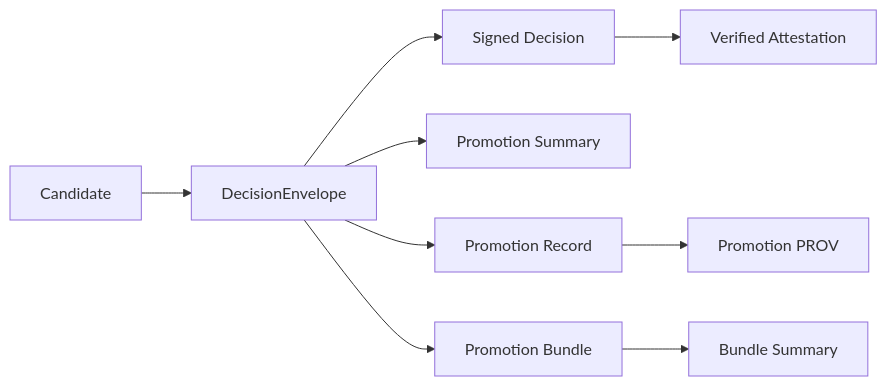
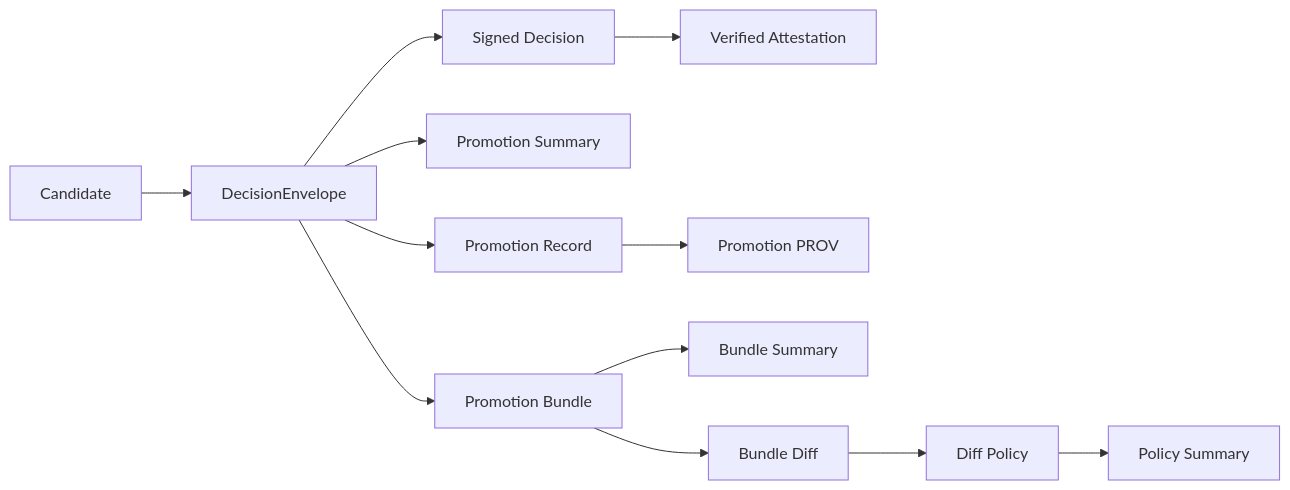
One commit to bartytime4life/Kansas-Frontier-Matrix changed the second of 2 diagrams in tools/validators/promotion_gate/README.md. Above: the diagram before and after it, drawn with Mermaid. The commit also changed other lines of this file, not shown here.

First line of the commit message:
Revise README for promotion gate and diff-policy updates

````diff
--- a/tools/validators/promotion_gate/README.md
+++ b/tools/validators/promotion_gate/README.md
@@ -354,11 +415,14 @@
 ```mermaid
 flowchart LR
     A[Candidate] --> B[DecisionEnvelope]
     B --> C[Signed Decision]
     C --> D[Verified Attestation]
     B --> E[Promotion Summary]
     B --> F[Promotion Record]
     F --> G[Promotion PROV]
     B --> H[Promotion Bundle]
     H --> I[Bundle Summary]
+    H --> J[Bundle Diff]
+    J --> K[Diff Policy]
+    K --> L[Policy Summary]
 ```
````
